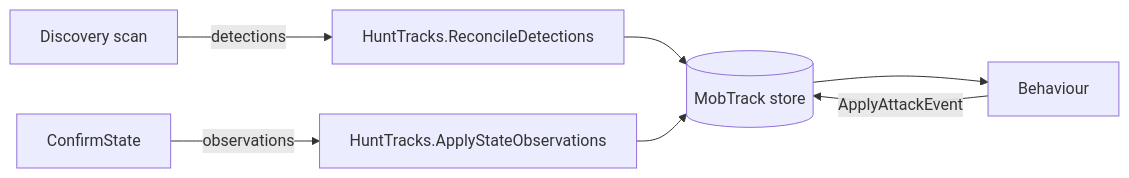
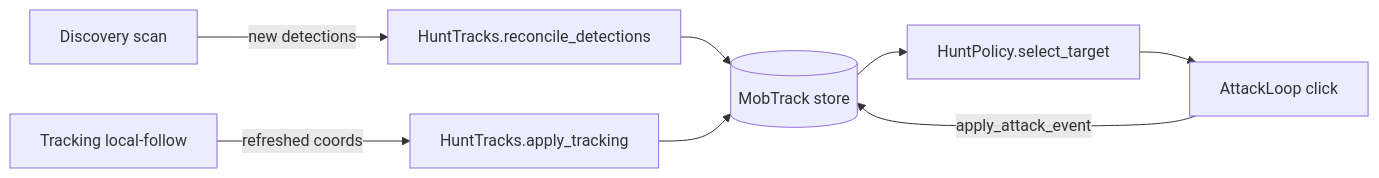
The diagram in docs/hunt-scan-audit.md (Georg1992/ViiperHexBots), drawn with Mermaid before and after one commit. The commit also changed other lines of this file and 58 other files, not shown here.

First line of the commit message:
Clean up hunt runtime: fix attack coord race, unify track APIs, drop dead state pipeline

````diff
--- a/docs/hunt-scan-audit.md
+++ b/docs/hunt-scan-audit.md
@@ -15,9 +26,10 @@
 ```mermaid
 flowchart LR
-    D[Discovery scan] -->|detections| T[HuntTracks.ReconcileDetections]
-    S[ConfirmState] -->|observations| T2[HuntTracks.ApplyStateObservations]
-    T --> HT[(MobTrack store)]
-    T2 --> HT
-    HT --> B[Behaviour]
-    B -->|ApplyAttackEvent| HT
+    D[Discovery scan] -->|new detections| R[HuntTracks.reconcile_detections]
+    K[Tracking local-follow] -->|refreshed coords| A[HuntTracks.apply_tracking]
+    R --> HT[(MobTrack store)]
+    A --> HT
+    HT --> P[HuntPolicy.select_target]
+    P --> AT[AttackLoop click]
+    AT -->|apply_attack_event| HT
 ```
````
